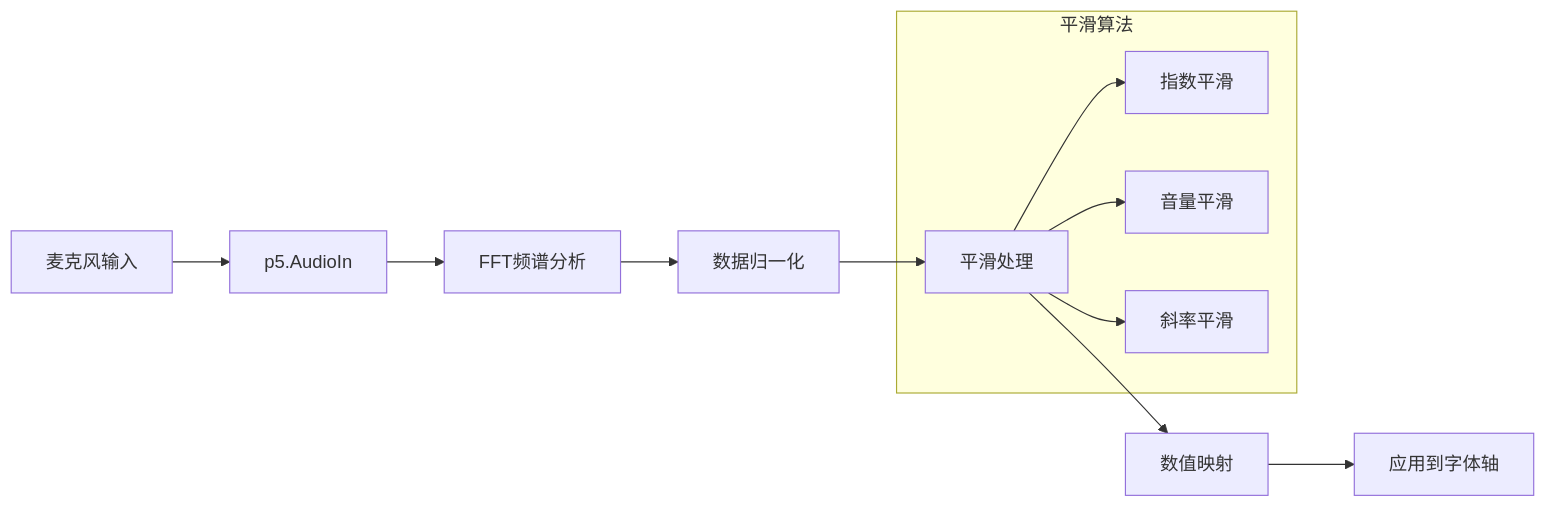
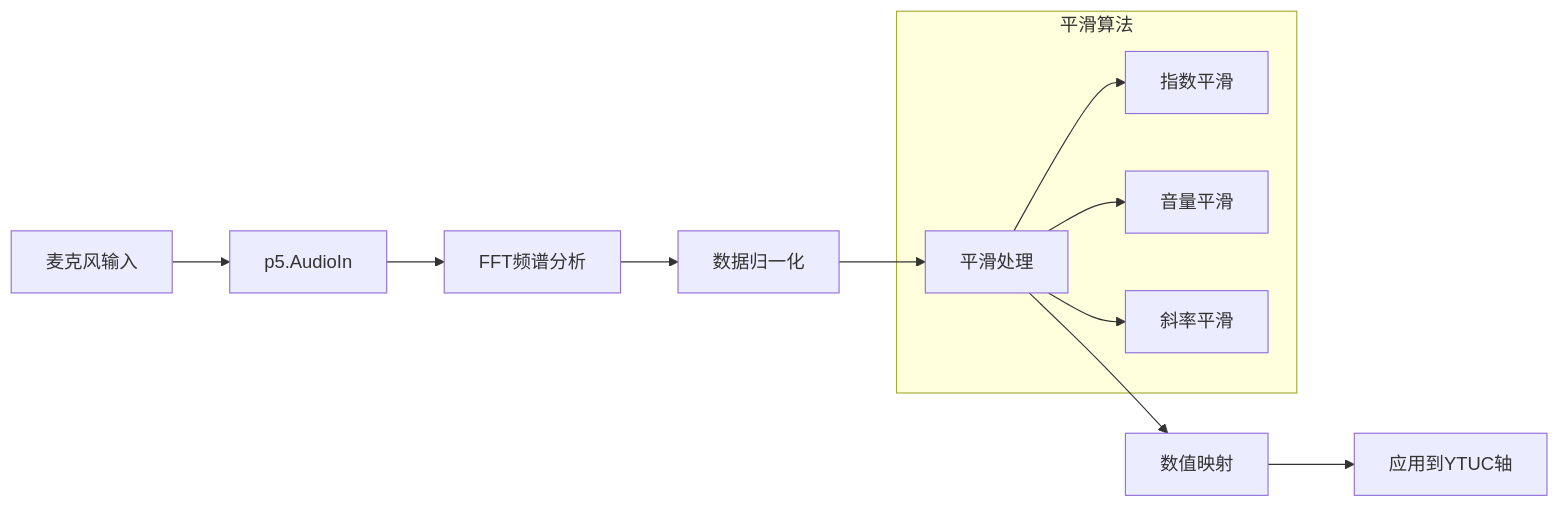
The fifth of 9 diagrams in .qoder/repowiki/zh/content/字体渲染引擎/可变字体系统.md (db300/MySymphosizer), drawn with Mermaid before and after one commit. The commit also changed other lines of this file and 5 other files, not shown here.

````diff
--- a/.qoder/repowiki/zh/content/字体渲染引擎/可变字体系统.md
+++ b/.qoder/repowiki/zh/content/字体渲染引擎/可变字体系统.md
@@ -192,14 +191,14 @@
 ```mermaid
 flowchart LR
 Mic[麦克风输入] --> AudioIn[p5.AudioIn]
 AudioIn --> FFT[FFT频谱分析]
 FFT --> Normalize[数据归一化]
 Normalize --> Smooth[平滑处理]
 Smooth --> Map[数值映射]
-Map --> Apply[应用到字体轴]
+Map --> Apply[应用到YTUC轴]
 subgraph "平滑算法"
 Smooth --> Exp1[指数平滑]
 Smooth --> Exp2[音量平滑]
 Smooth --> Exp3[斜率平滑]
 end
 ```
````
